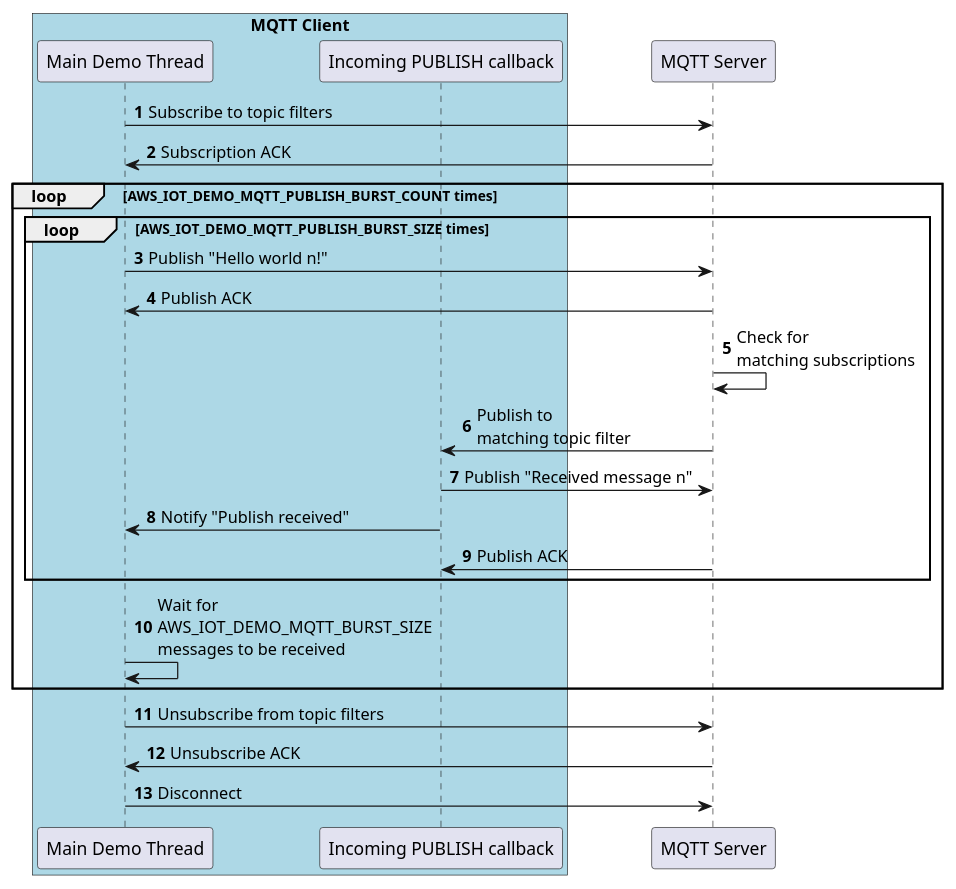
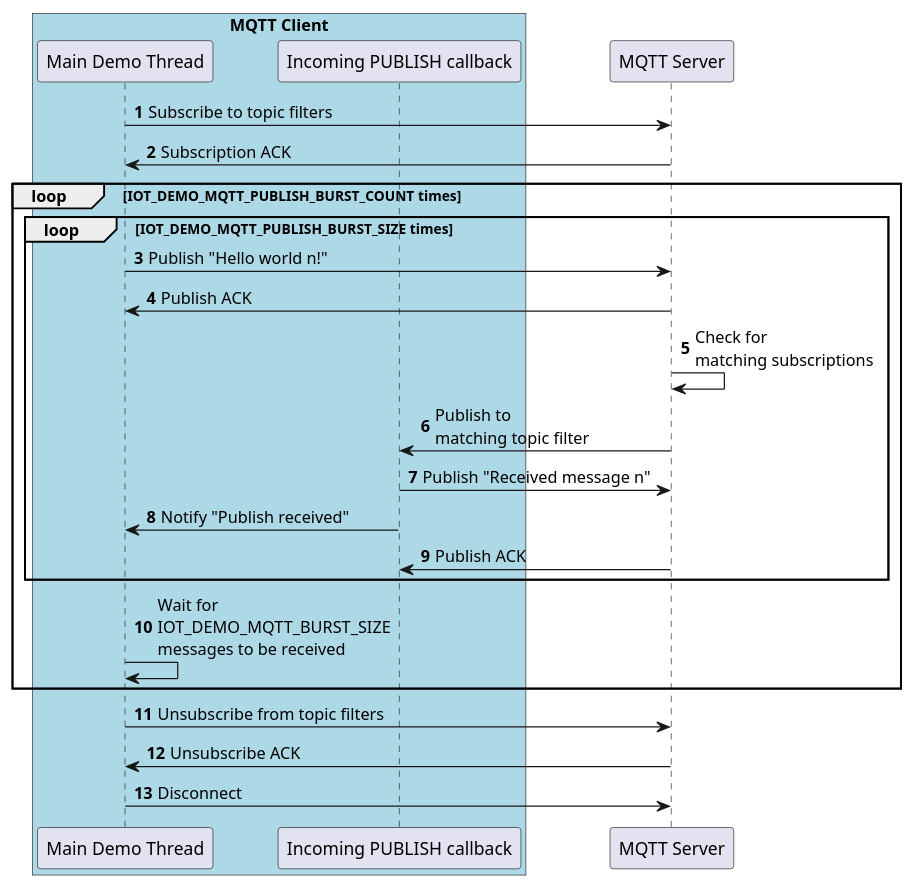
Before and after one commit to aws/amazon-freertos: the diagram in doc/plantuml/mqtt_demo.pu, drawn with PlantUML. The commit also changed 36 other files, not shown here.

```diff
--- a/doc/plantuml/mqtt_demo.pu
+++ b/doc/plantuml/mqtt_demo.pu
@@ -1,38 +1,38 @@
 @startuml
 skinparam classFontSize 8
 skinparam classFontName Helvetica
 autonumber
 
 participant "Main Demo Thread" as main
 participant "Incoming PUBLISH callback" as callback
 
 box "MQTT Client" #LightBlue
     participant main
     participant callback
 end box
 
 participant "MQTT Server" as server
 
 main -> server: Subscribe to topic filters
 server -> main: Subscription ACK
 
-loop AWS_IOT_DEMO_MQTT_PUBLISH_BURST_COUNT times
-    loop AWS_IOT_DEMO_MQTT_PUBLISH_BURST_SIZE times
+loop IOT_DEMO_MQTT_PUBLISH_BURST_COUNT times
+    loop IOT_DEMO_MQTT_PUBLISH_BURST_SIZE times
         main -> server: Publish "Hello world n!"
         server -> main: Publish ACK
         server -> server: Check for\nmatching subscriptions
         server -> callback: Publish to\nmatching topic filter
         callback -> server: Publish "Received message n"
         callback -> main: Notify "Publish received"
         server -> callback: Publish ACK
     end
 
-    main -> main: Wait for\nAWS_IOT_DEMO_MQTT_BURST_SIZE\nmessages to be received
+    main -> main: Wait for\nIOT_DEMO_MQTT_BURST_SIZE\nmessages to be received
 end
 
 main -> server: Unsubscribe from topic filters
 server -> main: Unsubscribe ACK
 
 main -> server: Disconnect
 
 @enduml
```
